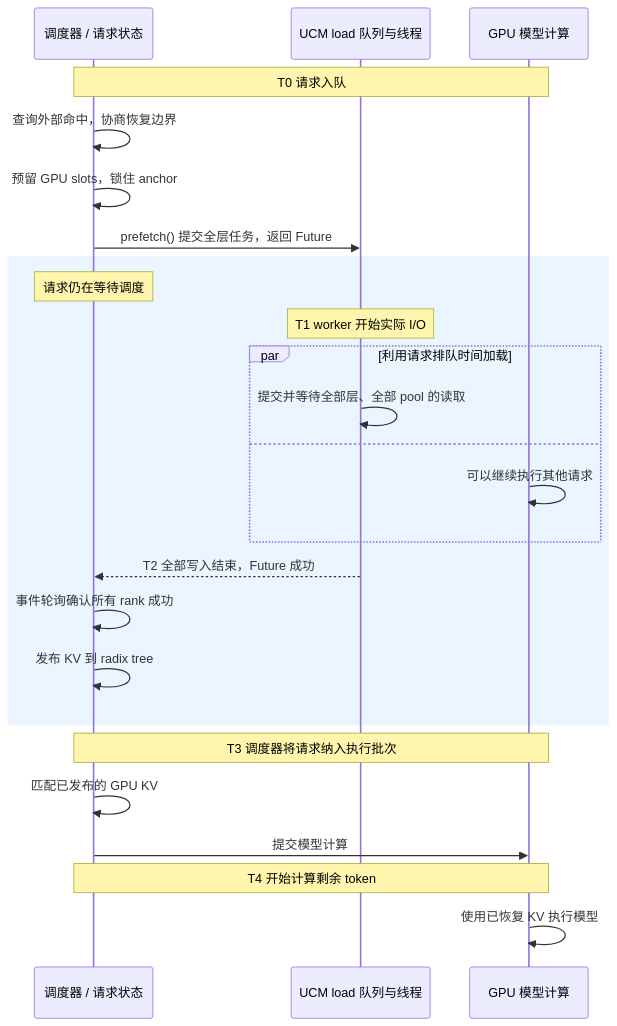
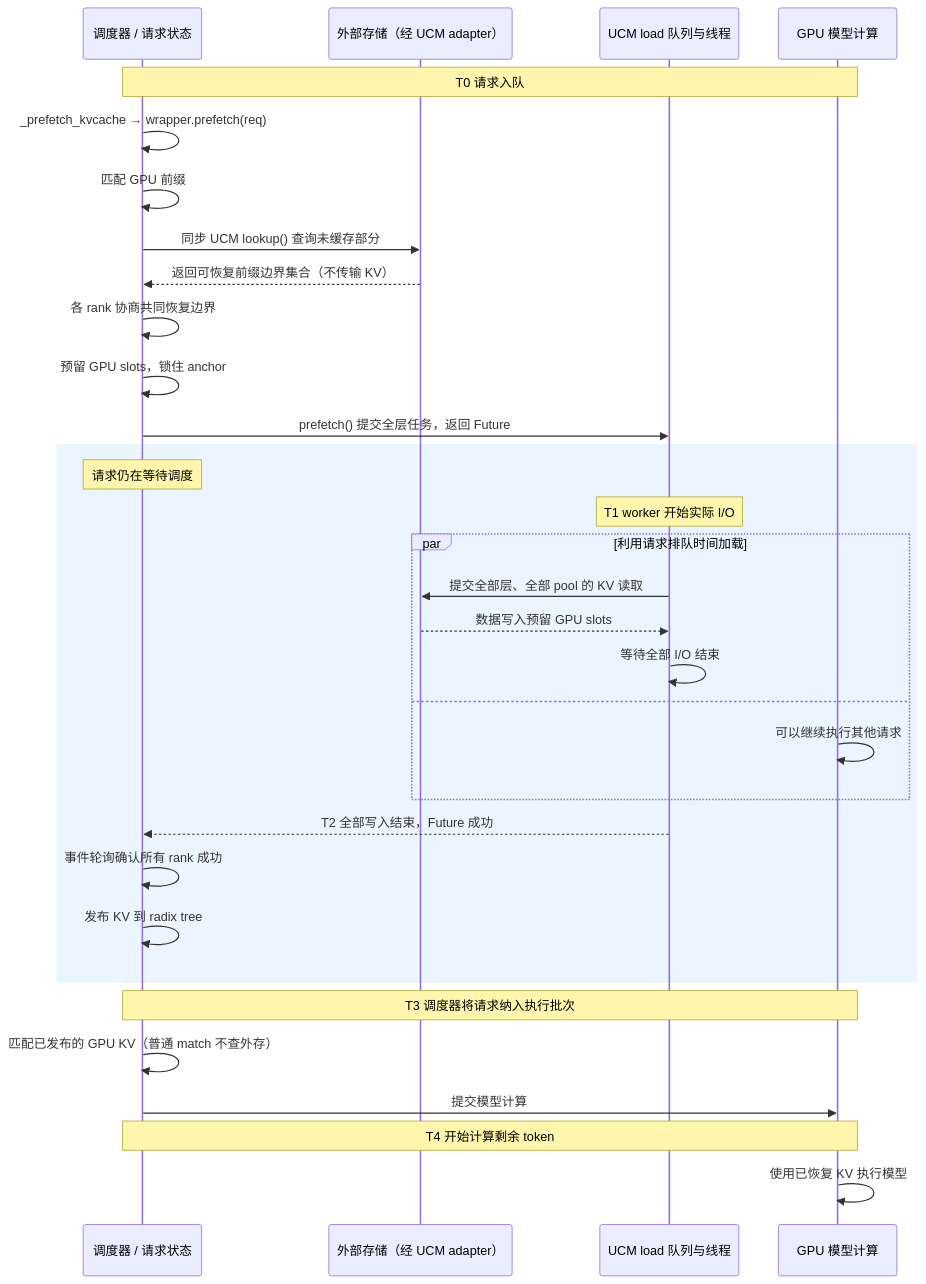
Before and after one commit to lc1314555/learning-book: the second of 2 diagrams in sglang/linker/sglang_prefetch_linker.md, drawn with Mermaid. The commit also changed other lines of this file, not shown here.

````diff
--- a/sglang/linker/sglang_prefetch_linker.md
+++ b/sglang/linker/sglang_prefetch_linker.md
@@ -106,27 +115,34 @@
 ```mermaid
 sequenceDiagram
     participant S as 调度器 / 请求状态
+    participant E as 外部存储（经 UCM adapter）
     participant L as UCM load 队列与线程
     participant G as GPU 模型计算
     Note over S,G: T0 请求入队
-    S->>S: 查询外部命中，协商恢复边界
+    S->>S: _prefetch_kvcache → wrapper.prefetch(req)
+    S->>S: 匹配 GPU 前缀
+    S->>E: 同步 UCM lookup() 查询未缓存部分
+    E-->>S: 返回可恢复前缀边界集合（不传输 KV）
+    S->>S: 各 rank 协商共同恢复边界
     S->>S: 预留 GPU slots，锁住 anchor
     S->>L: prefetch() 提交全层任务，返回 Future
     rect rgb(235, 245, 255)
         Note over S: 请求仍在等待调度
         Note over L: T1 worker 开始实际 I/O
         par 利用请求排队时间加载
-            L->>L: 提交并等待全部层、全部 pool 的读取
+            L->>E: 提交全部层、全部 pool 的 KV 读取
+            E-->>L: 数据写入预留 GPU slots
+            L->>L: 等待全部 I/O 结束
         and
             G->>G: 可以继续执行其他请求
         end
         L-->>S: T2 全部写入结束，Future 成功
         S->>S: 事件轮询确认所有 rank 成功
         S->>S: 发布 KV 到 radix tree
     end
     Note over S,G: T3 调度器将请求纳入执行批次
-    S->>S: 匹配已发布的 GPU KV
+    S->>S: 匹配已发布的 GPU KV（普通 match 不查外存）
     S->>G: 提交模型计算
     Note over S,G: T4 开始计算剩余 token
     G->>G: 使用已恢复 KV 执行模型
 ```
````
